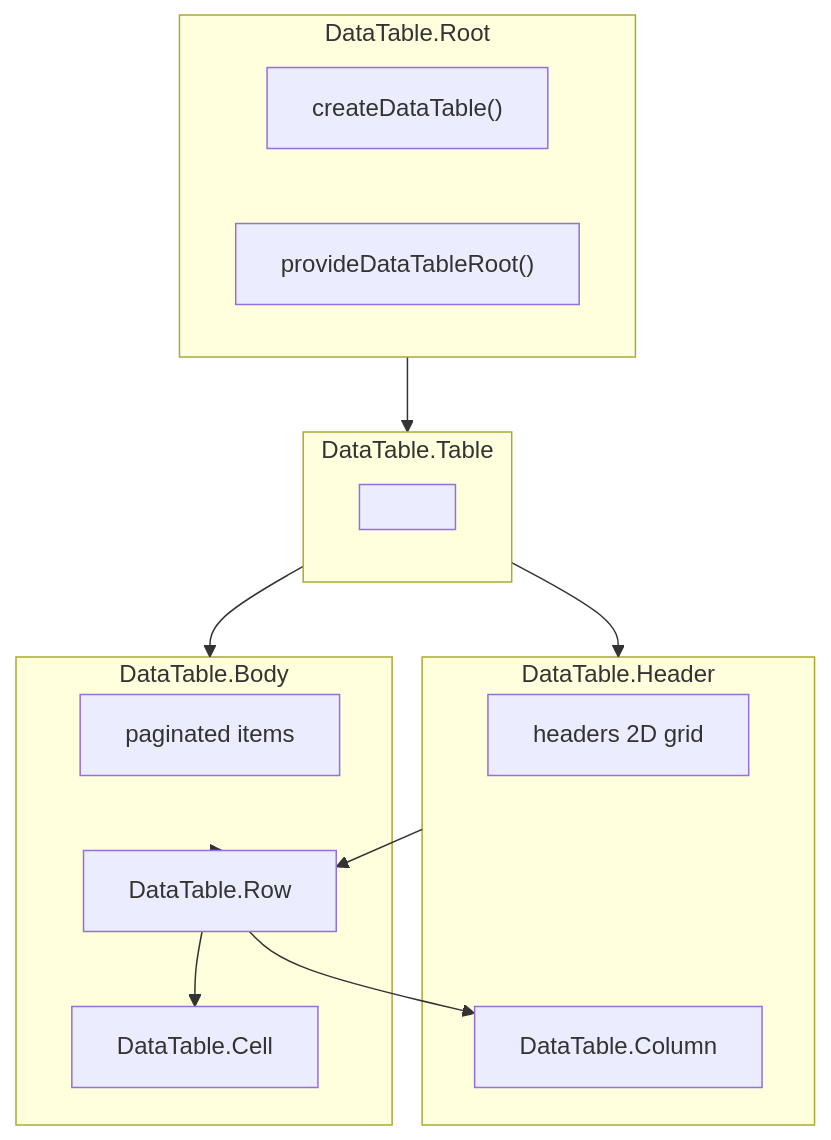
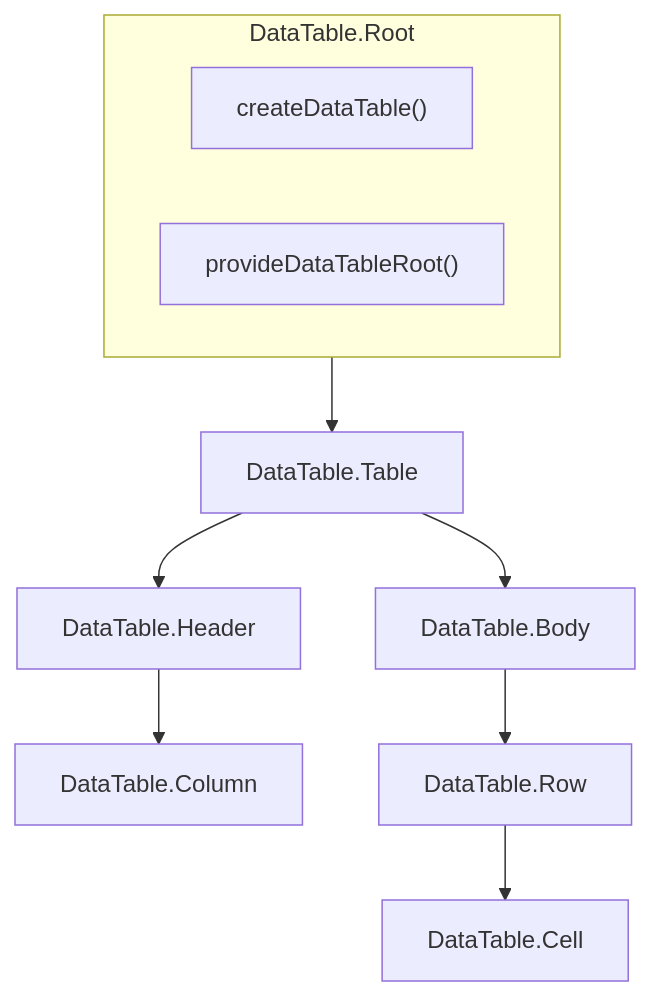
One commit to vuetifyjs/0 changed the diagram in apps/docs/src/pages/components/data/data-table.md. Above: the diagram before and after it, drawn with Mermaid. The commit also changed other lines of this file and 23 other files, not shown here.

First line of the commit message:
feat(DataTable): register rows and columns from mounted children

````diff
--- a/apps/docs/src/pages/components/data/data-table.md
+++ b/apps/docs/src/pages/components/data/data-table.md
@@ -69,28 +71,18 @@
 ```mermaid "Component Flow"
 flowchart TD
   subgraph Root["DataTable.Root"]
     Context["createDataTable()"]
     Provide["provideDataTableRoot()"]
   end
 
-  subgraph Table["DataTable.Table"]
-    TableEl["<table>"]
-  end
-
-  subgraph Header["DataTable.Header"]
-    Headers["headers 2D grid"]
-    Column["DataTable.Column"]
-  end
-
-  subgraph Body["DataTable.Body"]
-    Items["paginated items"]
-    Row["DataTable.Row"]
-    Cell["DataTable.Cell"]
-  end
+  Table["DataTable.Table"]
+  Header["DataTable.Header"]
+  Body["DataTable.Body"]
+  Column["DataTable.Column"]
+  Row["DataTable.Row"]
+  Cell["DataTable.Cell"]
 
   Root --> Table
-  Table --> Header
-  Table --> Body
-  Header --> Row --> Column
-  Body --> Row --> Cell
+  Table --> Header --> Column
+  Table --> Body --> Row --> Cell
 ```
````
